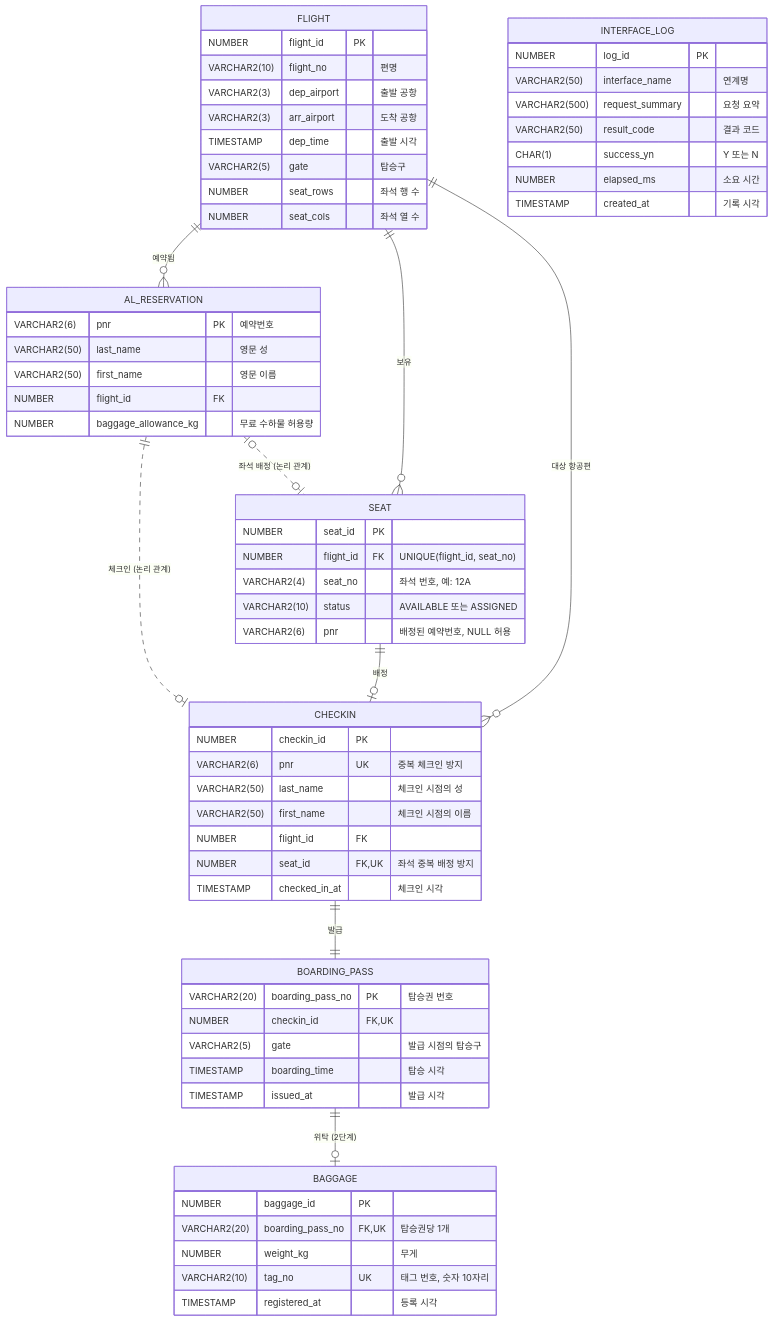
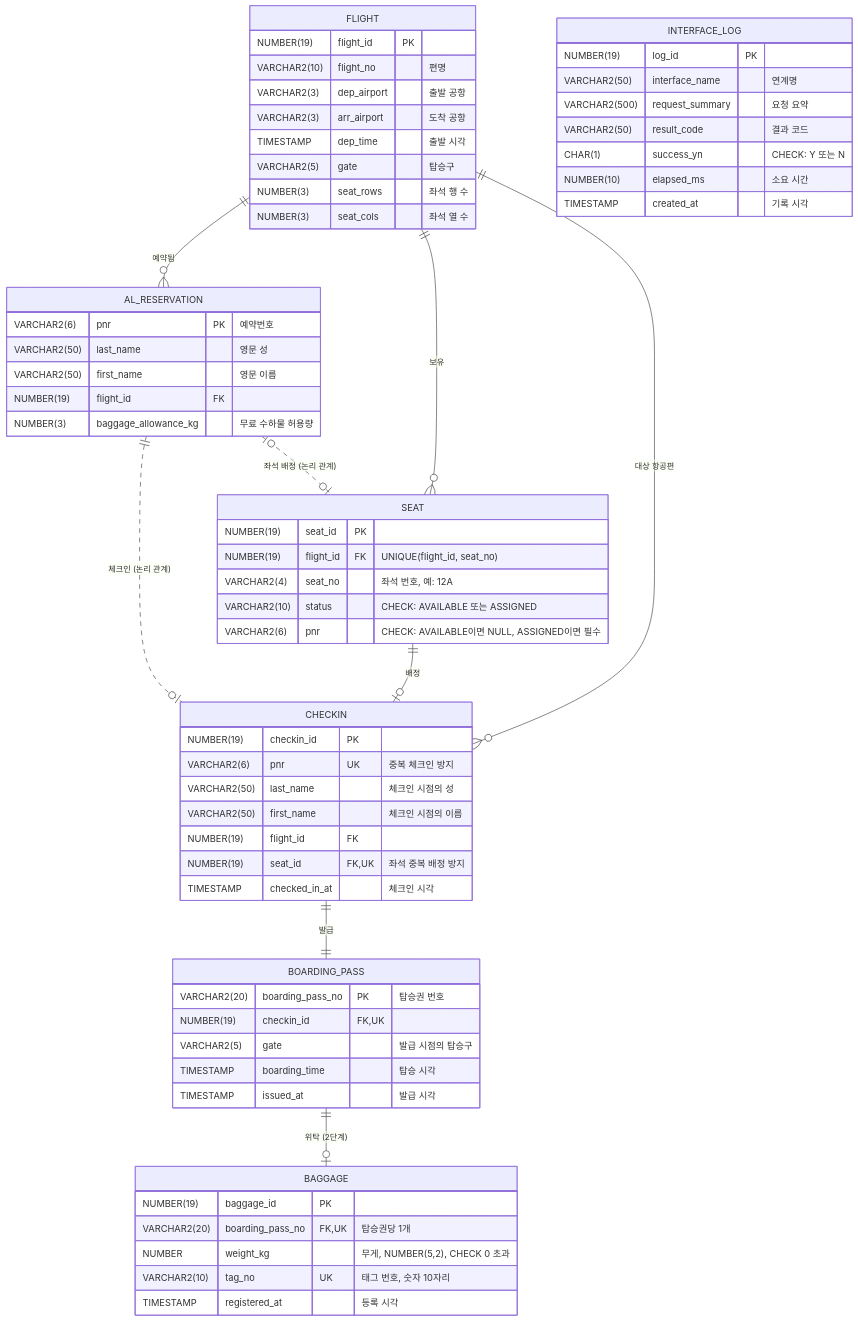
Before and after one commit to kwonminsung0/airport_kiosk: the diagram in README.md, drawn with Mermaid. The commit also changed 7 other files, not shown here.

````diff
--- a/README.md
+++ b/README.md
@@ -36,68 +36,68 @@
 ```mermaid
 erDiagram
     FLIGHT ||--o{ AL_RESERVATION : "예약됨"
     FLIGHT ||--o{ SEAT : "보유"
     FLIGHT ||--o{ CHECKIN : "대상 항공편"
     AL_RESERVATION ||..o| CHECKIN : "체크인 (논리 관계)"
     AL_RESERVATION |o..o| SEAT : "좌석 배정 (논리 관계)"
     SEAT ||--o| CHECKIN : "배정"
     CHECKIN ||--|| BOARDING_PASS : "발급"
     BOARDING_PASS ||--o| BAGGAGE : "위탁 (2단계)"
 
     FLIGHT {
-        NUMBER flight_id PK
+        NUMBER(19) flight_id PK
         VARCHAR2(10) flight_no "편명"
         VARCHAR2(3) dep_airport "출발 공항"
         VARCHAR2(3) arr_airport "도착 공항"
         TIMESTAMP dep_time "출발 시각"
         VARCHAR2(5) gate "탑승구"
-        NUMBER seat_rows "좌석 행 수"
-        NUMBER seat_cols "좌석 열 수"
+        NUMBER(3) seat_rows "좌석 행 수"
+        NUMBER(3) seat_cols "좌석 열 수"
     }
     AL_RESERVATION {
         VARCHAR2(6) pnr PK "예약번호"
         VARCHAR2(50) last_name "영문 성"
         VARCHAR2(50) first_name "영문 이름"
-        NUMBER flight_id FK
-        NUMBER baggage_allowance_kg "무료 수하물 허용량"
+        NUMBER(19) flight_id FK
+        NUMBER(3) baggage_allowance_kg "무료 수하물 허용량"
     }
     SEAT {
-        NUMBER seat_id PK
-        NUMBER flight_id FK "UNIQUE(flight_id, seat_no)"
+        NUMBER(19) seat_id PK
+        NUMBER(19) flight_id FK "UNIQUE(flight_id, seat_no)"
         VARCHAR2(4) seat_no "좌석 번호, 예: 12A"
-        VARCHAR2(10) status "AVAILABLE 또는 ASSIGNED"
-        VARCHAR2(6) pnr "배정된 예약번호, NULL 허용"
+        VARCHAR2(10) status "CHECK: AVAILABLE 또는 ASSIGNED"
+        VARCHAR2(6) pnr "CHECK: AVAILABLE이면 NULL, ASSIGNED이면 필수"
     }
     CHECKIN {
-        NUMBER checkin_id PK
+        NUMBER(19) checkin_id PK
         VARCHAR2(6) pnr UK "중복 체크인 방지"
         VARCHAR2(50) last_name "체크인 시점의 성"
         VARCHAR2(50) first_name "체크인 시점의 이름"
-        NUMBER flight_id FK
-        NUMBER seat_id FK, UK "좌석 중복 배정 방지"
+        NUMBER(19) flight_id FK
+        NUMBER(19) seat_id FK, UK "좌석 중복 배정 방지"
         TIMESTAMP checked_in_at "체크인 시각"
     }
     BOARDING_PASS {
         VARCHAR2(20) boarding_pass_no PK "탑승권 번호"
-        NUMBER checkin_id FK, UK
+        NUMBER(19) checkin_id FK, UK
         VARCHAR2(5) gate "발급 시점의 탑승구"
         TIMESTAMP boarding_time "탑승 시각"
         TIMESTAMP issued_at "발급 시각"
     }
     BAGGAGE {
-        NUMBER baggage_id PK
+        NUMBER(19) baggage_id PK
         VARCHAR2(20) boarding_pass_no FK, UK "탑승권당 1개"
-        NUMBER weight_kg "무게"
+        NUMBER weight_kg "무게, NUMBER(5,2), CHECK 0 초과"
         VARCHAR2(10) tag_no UK "태그 번호, 숫자 10자리"
         TIMESTAMP registered_at "등록 시각"
     }
     INTERFACE_LOG {
-        NUMBER log_id PK
+        NUMBER(19) log_id PK
         VARCHAR2(50) interface_name "연계명"
         VARCHAR2(500) request_summary "요청 요약"
         VARCHAR2(50) result_code "결과 코드"
-        CHAR(1) success_yn "Y 또는 N"
-        NUMBER elapsed_ms "소요 시간"
+        CHAR(1) success_yn "CHECK: Y 또는 N"
+        NUMBER(10) elapsed_ms "소요 시간"
         TIMESTAMP created_at "기록 시각"
     }
 ```
````
